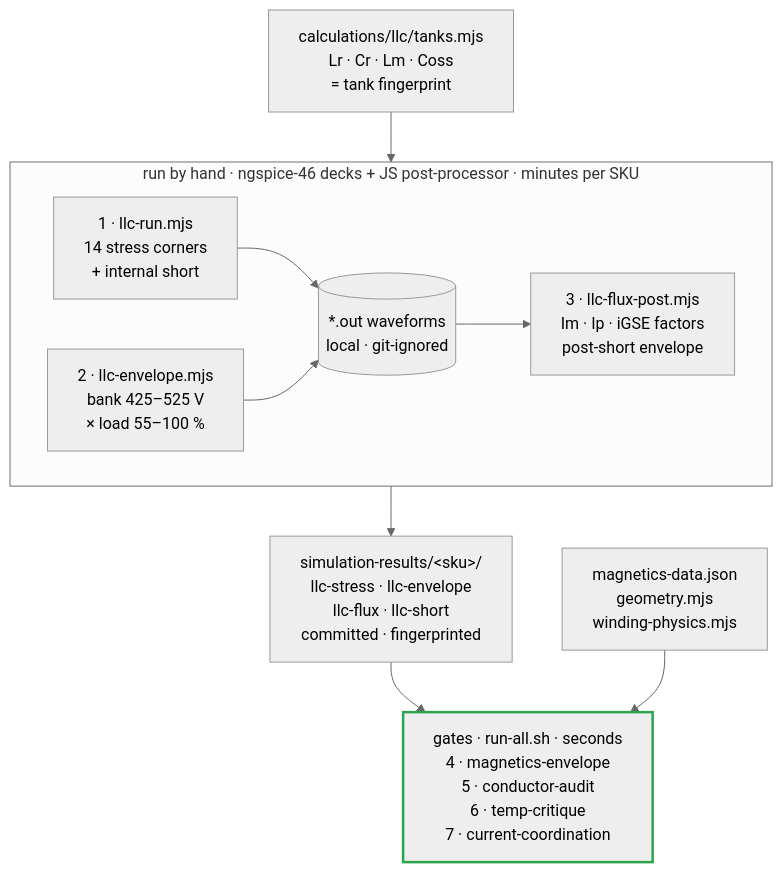
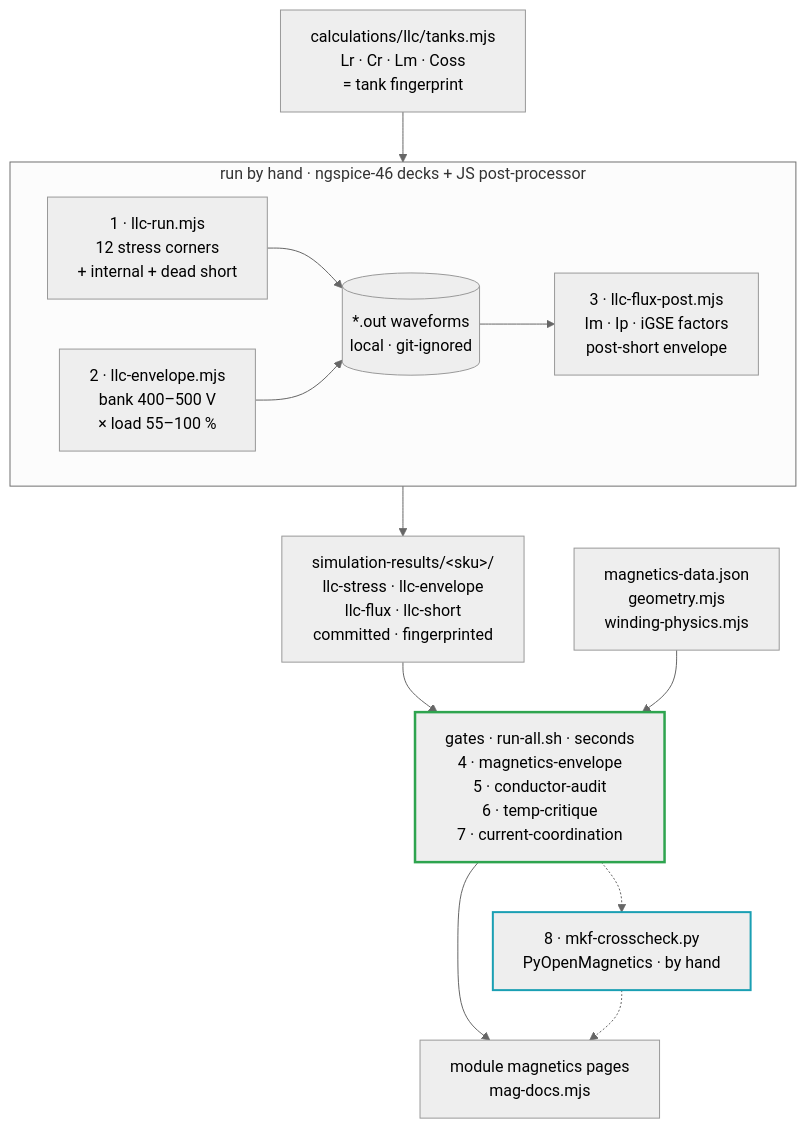
One commit to vectivolt/DC-Modules changed the second of 2 diagrams in docs/simulation-toolchain.md. Above: the diagram before and after it, drawn with Mermaid (neutral theme). The commit also changed other lines of this file and 82 other files, not shown here.

````diff
--- a/docs/simulation-toolchain.md
+++ b/docs/simulation-toolchain.md
@@ -197,18 +136,22 @@
 ```mermaid
 flowchart TB
   TK["calculations/llc/tanks.mjs<br/>Lr · Cr · Lm · Coss<br/>= tank fingerprint"]
-  subgraph SIM["run by hand · ngspice-46 decks + JS post-processor · minutes per SKU"]
+  subgraph SIM["run by hand · ngspice-46 decks + JS post-processor"]
     direction LR
-    RUN["1 · llc-run.mjs<br/>14 stress corners<br/>+ internal short"]
-    ENV["2 · llc-envelope.mjs<br/>bank 425–525 V<br/>× load 55–100 %"]
+    RUN["1 · llc-run.mjs<br/>12 stress corners<br/>+ internal + dead short"]
+    ENV["2 · llc-envelope.mjs<br/>bank 400–500 V<br/>× load 55–100 %"]
     OUT[("*.out waveforms<br/>local · git-ignored")]
     POST["3 · llc-flux-post.mjs<br/>Im · Ip · iGSE factors<br/>post-short envelope"]
     RUN & ENV --> OUT --> POST
   end
   CSV["simulation-results/&lt;sku&gt;/<br/>llc-stress · llc-envelope<br/>llc-flux · llc-short<br/>committed · fingerprinted"]
   DAT["magnetics-data.json<br/>geometry.mjs<br/>winding-physics.mjs"]
   G["gates · run-all.sh · seconds<br/>4 · magnetics-envelope<br/>5 · conductor-audit<br/>6 · temp-critique<br/>7 · current-coordination"]
-  TK --> SIM --> CSV --> G
+  MKF["8 · mkf-crosscheck.py<br/>PyOpenMagnetics · by hand"]
+  PG["module magnetics pages<br/>mag-docs.mjs"]
+  TK --> SIM --> CSV --> G --> PG
   DAT --> G
+  G -.-> MKF -.-> PG
   style G stroke:#2ea44f,stroke-width:2.5px
+  style MKF stroke:#1a9fb3,stroke-width:2px
 ```
````
